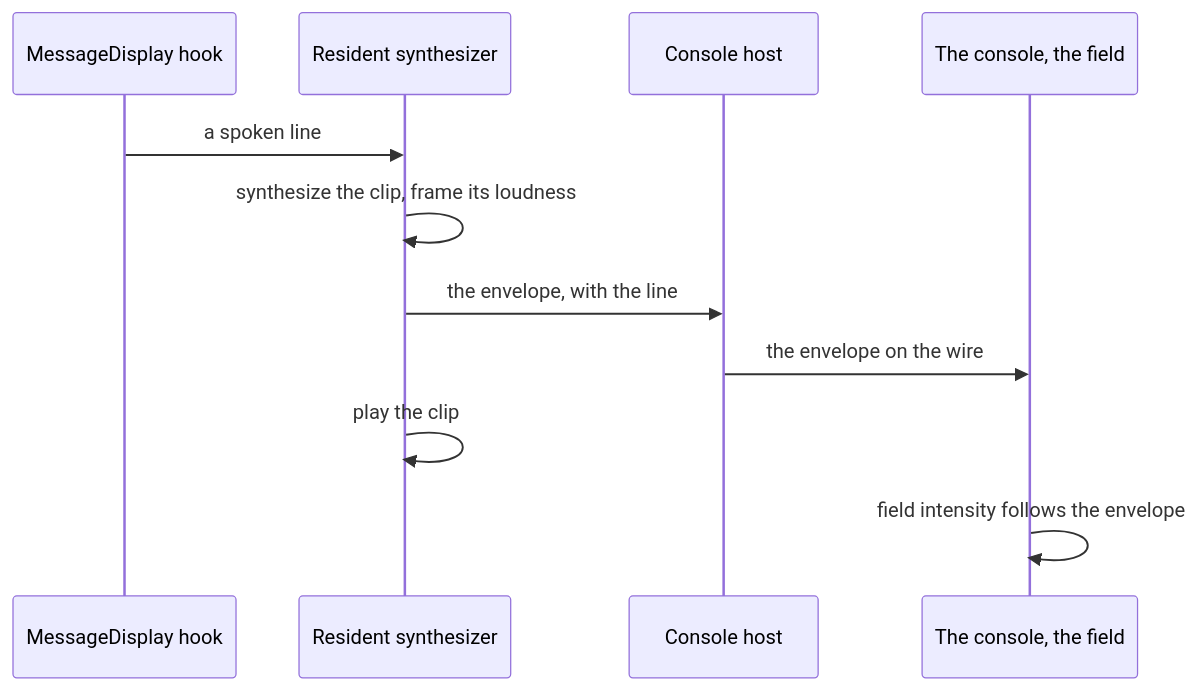
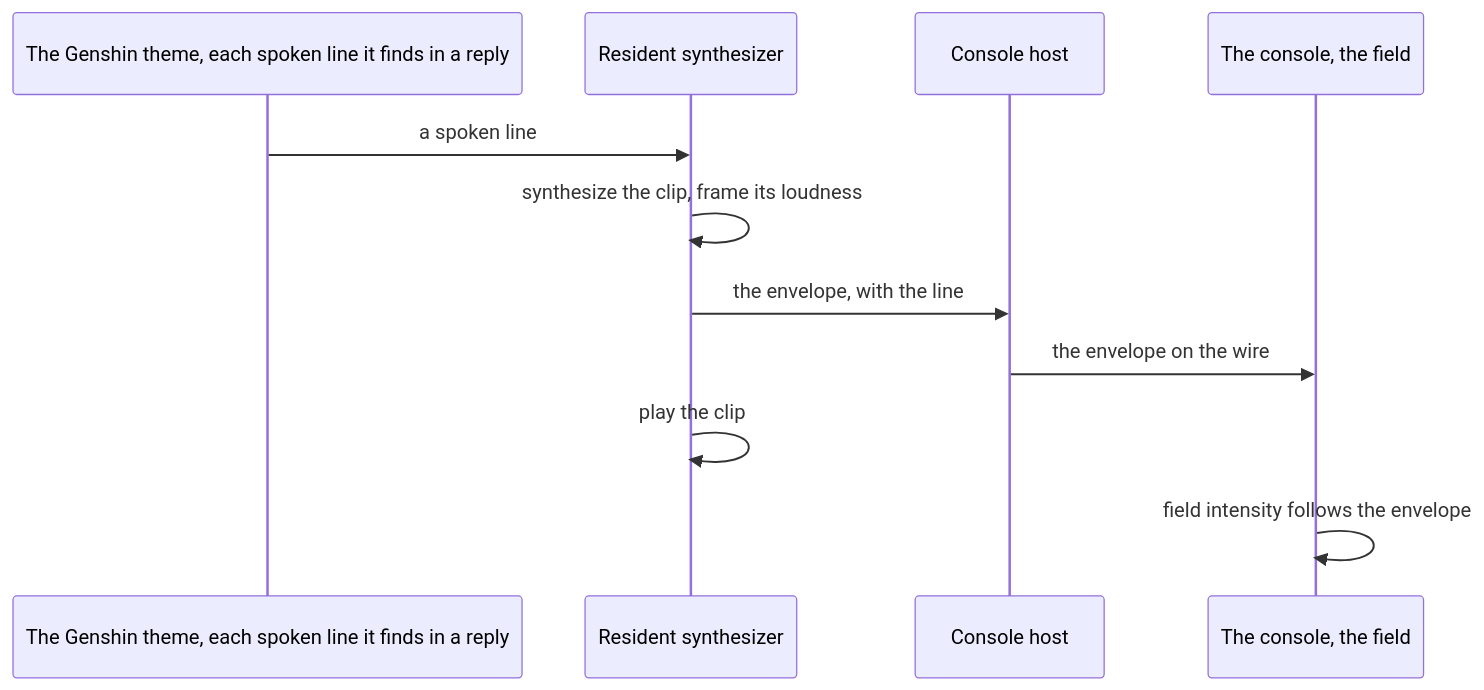
The diagram in apps/web/content/docs/proposals/infra/agent-console/element-ambience.md (Esposter/Esposter), drawn with Mermaid before and after one commit. The commit also changed 2 other files, not shown here.

Commit message:
docs(agent-console): the theme is the console's one producer of spoken lines, and the hidden-tab notification belongs to every theme
Answers: 4087732535
Answers: 4087732527

````diff
--- a/apps/web/content/docs/proposals/infra/agent-console/element-ambience.md
+++ b/apps/web/content/docs/proposals/infra/agent-console/element-ambience.md
@@ -23,14 +23,14 @@
 ```mermaid
 sequenceDiagram
-    participant Display as MessageDisplay hook
+    participant Display as The Genshin theme, each spoken line it finds in a reply
     participant Server as Resident synthesizer
     participant Host as Console host
     participant Page as The console, the field
 
     Display->>Server: a spoken line
     Server->>Server: synthesize the clip, frame its loudness
     Server->>Host: the envelope, with the line
     Host->>Page: the envelope on the wire
     Server->>Server: play the clip
     Page->>Page: field intensity follows the envelope
 ```
````
